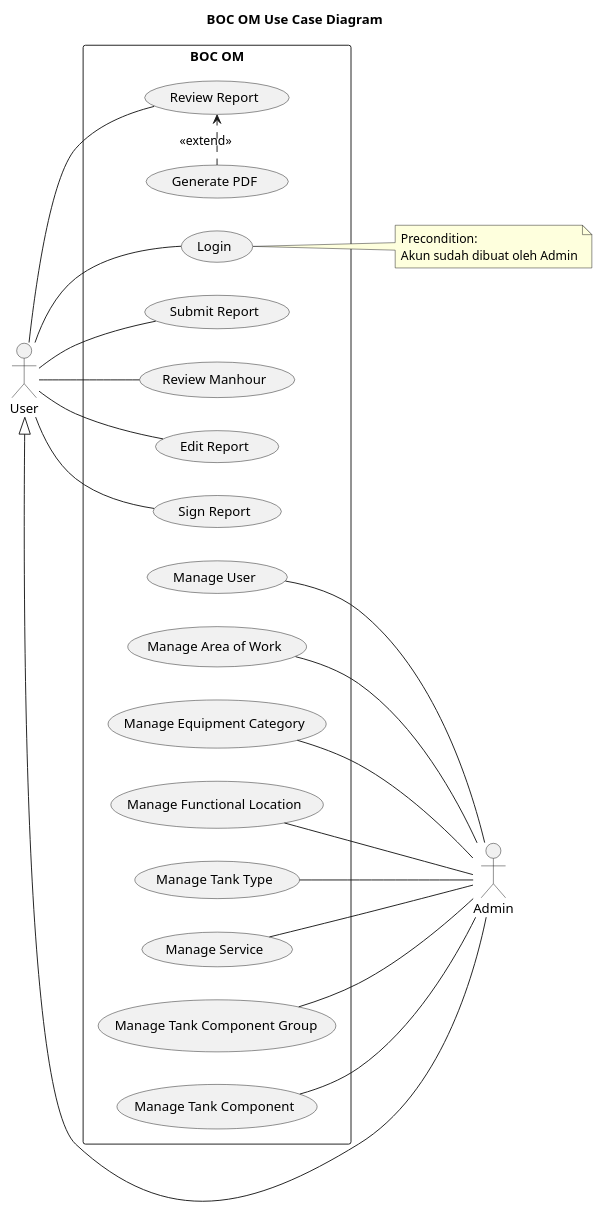
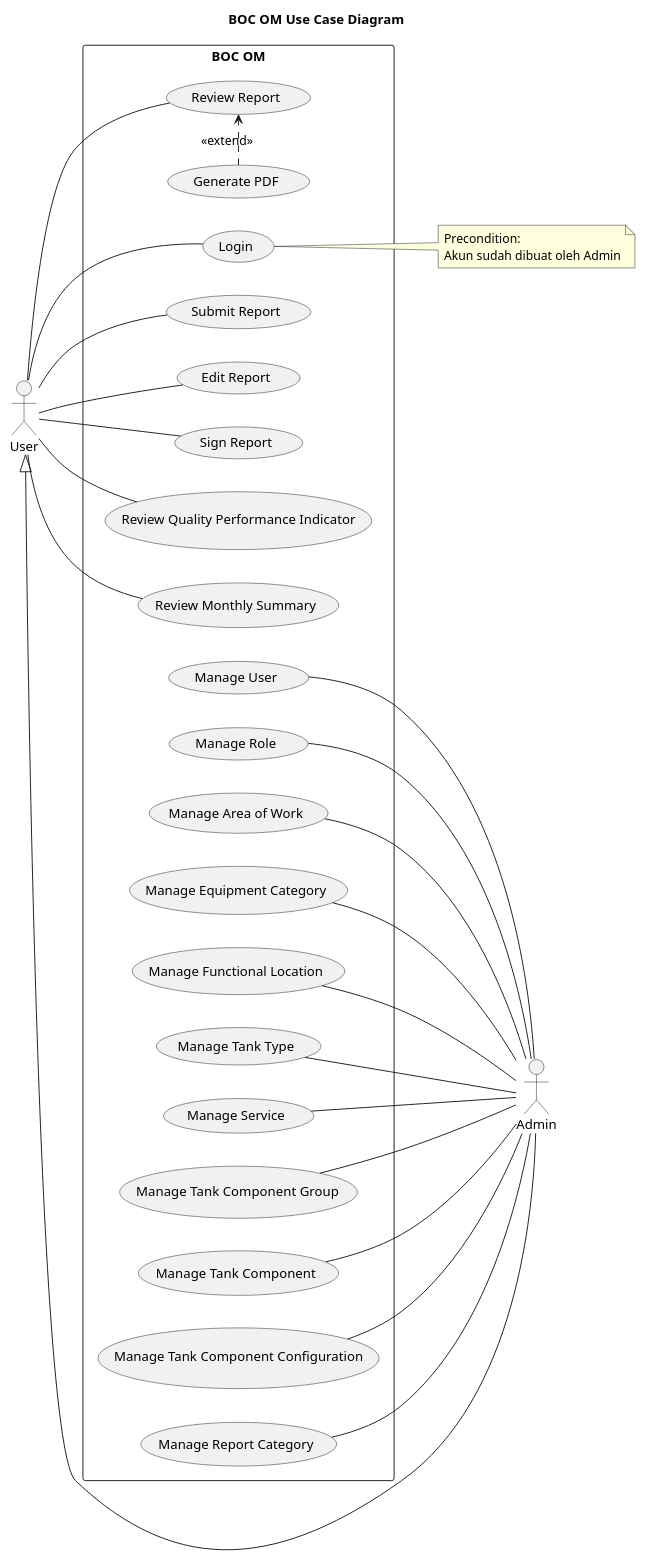
The first of 4 diagrams in Kanban/01-Requirements.md (billdansr/kanban-boc-om), drawn with PlantUML before and after one commit. The commit also changed other lines of this file and 2 other files, not shown here.

Commit message:
vault backup: 2025-10-01 09:05:37
New task added to Backlog

````diff
--- a/Kanban/01-Requirements.md
+++ b/Kanban/01-Requirements.md
@@ -3,54 +3,62 @@
 ```plantuml
 @startuml
 title BOC OM Use Case Diagram
 
 left to right direction
 
 actor "User" as user
 actor "Admin" as admin
 
 user <|-- admin
 
 rectangle "BOC OM" {
   (Login) as login
   (Submit Report) as report
   (Review Report) as review
-  (Review Manhour) as manhour
   (Edit Report) as edit
   (Sign Report) as sign
   (Generate PDF) as generatepdf
+  (Review Quality Performance Indicator) as qpi
+  (Review Monthly Summary) as summary
   
   (Manage User) as manageuser
+  (Manage Role) as managerole
   (Manage Area of Work) as managearea
   (Manage Equipment Category) as manageequipment
   (Manage Functional Location) as managelocation
   (Manage Tank Type) as managetanktype
   (Manage Service) as manageservice
   (Manage Tank Component Group) as managetankcomponentgroup
   (Manage Tank Component) as managetankcomponent
+  (Manage Tank Component Configuration) as managetankcomponentconfiguration
+  (Manage Report Category) as managereportcategory
   
   generatepdf .> review : <<extend>>
 }
 
 user -- login
 user -- report
 user -- review
-user -- manhour
 user -- edit
 user -- sign
+user -- qpi
+user -- summary
 
 manageuser -- admin
+managerole -- admin
 managearea -- admin
 manageequipment -- admin
 managelocation -- admin
 managetanktype -- admin
 manageservice -- admin
 managetankcomponentgroup -- admin
 managetankcomponent -- admin
+managetankcomponentconfiguration -- admin
+managereportcategory -- admin
 
 note right of login
   Precondition:
   Akun sudah dibuat oleh Admin
 end note
 @enduml
 ```
````
